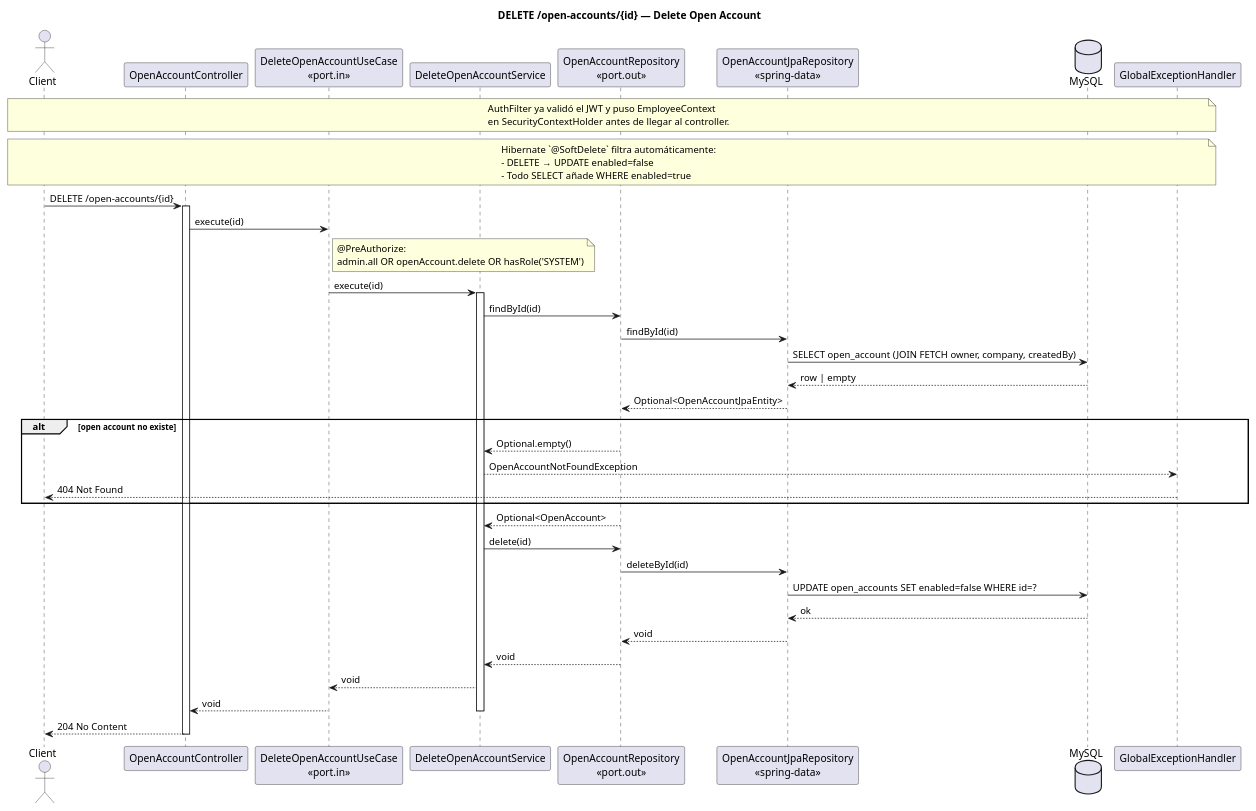
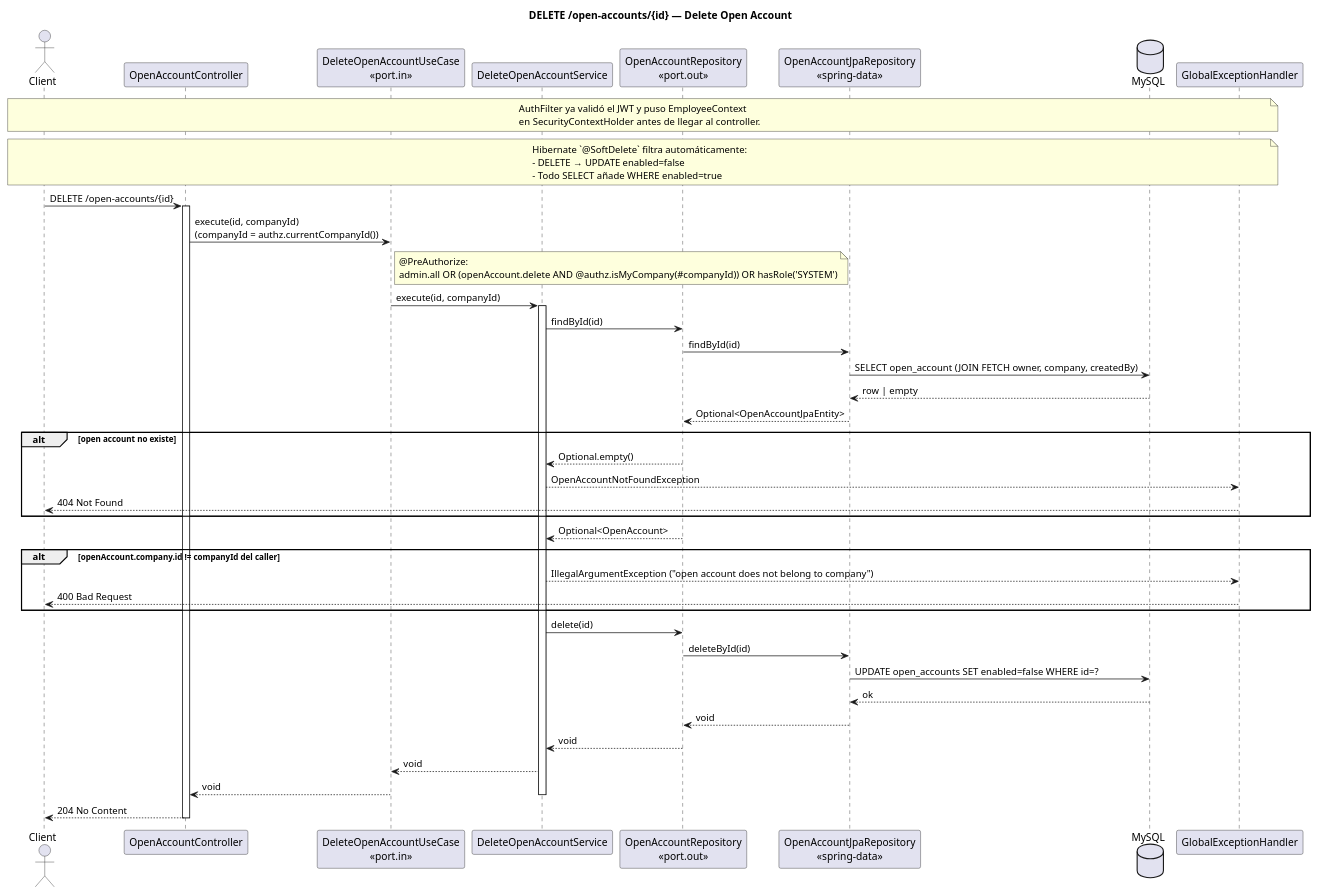
The diagram in uml/sequenceDiagram/openaccount/delete.puml (kefaroTech/vetsoftware-backend), drawn with PlantUML before and after one commit. The commit also changed 54 other files, not shown here.

Commit message:
:lock: feat(open-account): exige isMyCompany en delete/reactivate/changeStatus y cargos

```diff
--- a/uml/sequenceDiagram/openaccount/delete.puml
+++ b/uml/sequenceDiagram/openaccount/delete.puml
@@ -1,61 +1,65 @@
 @startuml open_account_delete
 title DELETE /open-accounts/{id} — Delete Open Account
 
 actor Client
 participant "OpenAccountController" as Controller
 participant "DeleteOpenAccountUseCase\n<<port.in>>" as UseCase
 participant "DeleteOpenAccountService" as Service
 participant "OpenAccountRepository\n<<port.out>>" as Repo
 participant "OpenAccountJpaRepository\n<<spring-data>>" as JpaRepo
 database "MySQL" as DB
 participant "GlobalExceptionHandler" as GEH
 
 note over Client, GEH
   AuthFilter ya validó el JWT y puso EmployeeContext
   en SecurityContextHolder antes de llegar al controller.
 end note
 
 note over Client, GEH
   Hibernate `@SoftDelete` filtra automáticamente:
   - DELETE → UPDATE enabled=false
   - Todo SELECT añade WHERE enabled=true
 end note
 
 Client -> Controller : DELETE /open-accounts/{id}
 activate Controller
 
-Controller -> UseCase : execute(id)
+Controller -> UseCase : execute(id, companyId)\n(companyId = authz.currentCompanyId())
 note right of UseCase
   @PreAuthorize:
-  admin.all OR openAccount.delete OR hasRole('SYSTEM')
+  admin.all OR (openAccount.delete AND @authz.isMyCompany(#companyId)) OR hasRole('SYSTEM')
 end note
-UseCase -> Service : execute(id)
+UseCase -> Service : execute(id, companyId)
 activate Service
 
 Service -> Repo : findById(id)
 Repo -> JpaRepo : findById(id)
 JpaRepo -> DB : SELECT open_account (JOIN FETCH owner, company, createdBy)
 DB --> JpaRepo : row | empty
 JpaRepo --> Repo : Optional<OpenAccountJpaEntity>
 alt open account no existe
   Repo --> Service : Optional.empty()
   Service --> GEH : OpenAccountNotFoundException
   GEH --> Client : 404 Not Found
 end
 Repo --> Service : Optional<OpenAccount>
+alt openAccount.company.id != companyId del caller
+  Service --> GEH : IllegalArgumentException ("open account does not belong to company")
+  GEH --> Client : 400 Bad Request
+end
 
 Service -> Repo : delete(id)
 Repo -> JpaRepo : deleteById(id)
 JpaRepo -> DB : UPDATE open_accounts SET enabled=false WHERE id=?
 DB --> JpaRepo : ok
 JpaRepo --> Repo : void
 Repo --> Service : void
 
 Service --> UseCase : void
 UseCase --> Controller : void
 deactivate Service
 
 Controller --> Client : 204 No Content
 deactivate Controller
 
 @enduml
```
